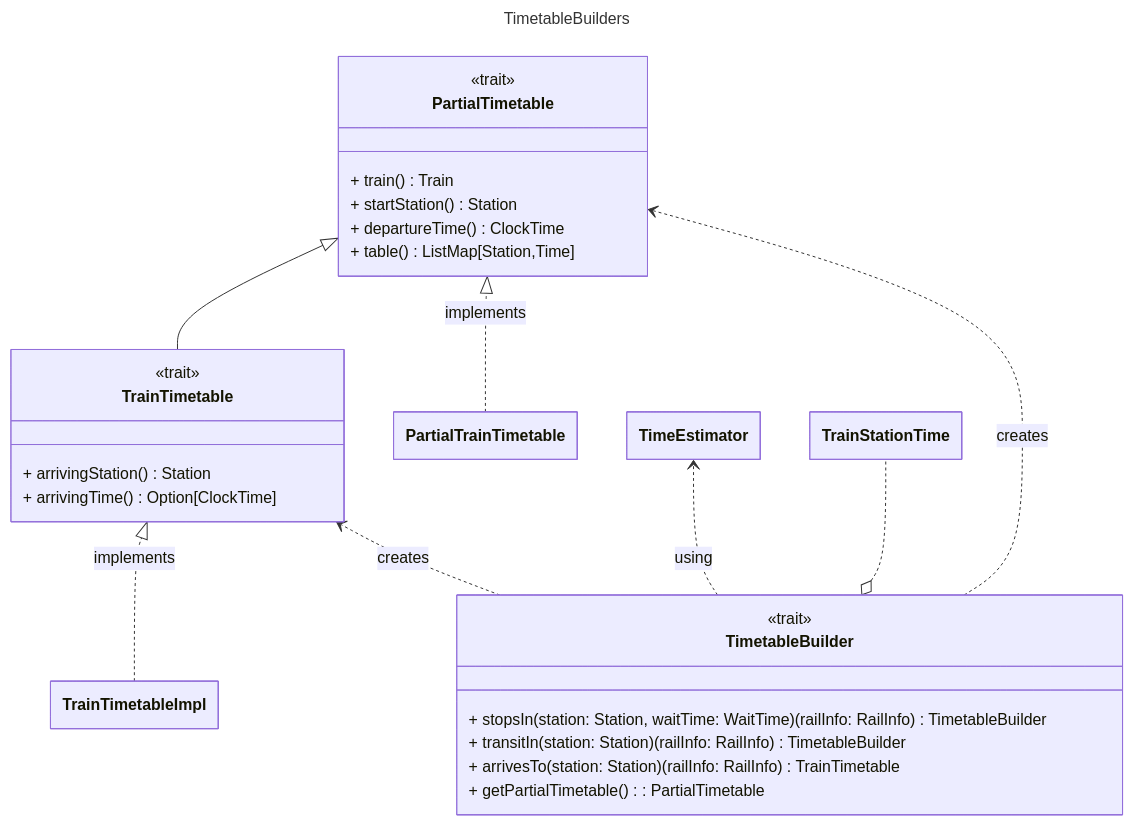
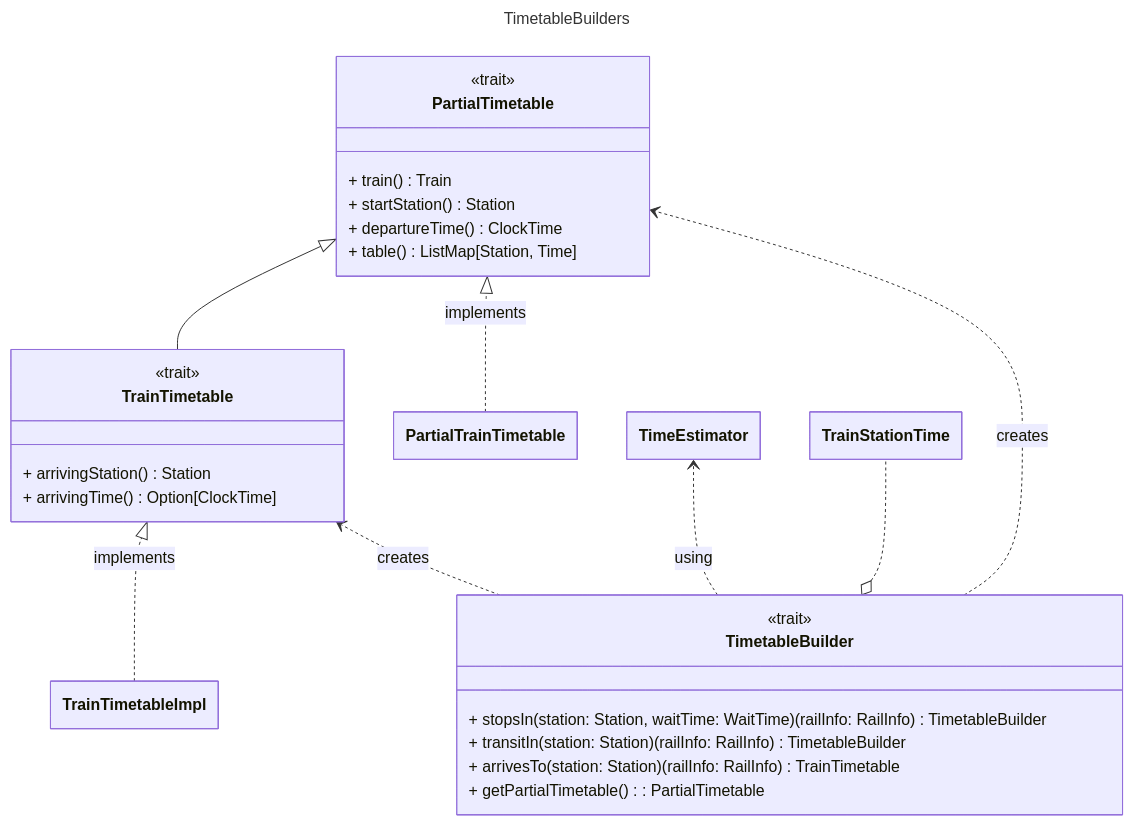
The eighth of 19 diagrams in docs/report/4-details-design.md (dev-pps/pps-23-ulisse), drawn with Mermaid before and after one commit. The commit also changed other lines of this file, not shown here.

````diff
--- a/docs/report/4-details-design.md
+++ b/docs/report/4-details-design.md
@@ -417,41 +417,41 @@
 ```mermaid
 ---
 title: TimetableBuilders
 config:
   class:
     hideEmptyMembersBox: true
 ---
 
 classDiagram
-direction BT
+    direction BT
 
     class PartialTimetable {
         <<trait>>
         + train() Train
         + startStation() Station
         + departureTime() ClockTime
-        + table() ListMap[Station,Time]
+        + table() ListMap[Station, Time]
     }
 
     class TrainTimetable {
         <<trait>>
         + arrivingStation() Station
         + arrivingTime() Option[ClockTime]
     }
 
     class TimetableBuilder {
         <<trait>>
         + stopsIn(station: Station, waitTime: WaitTime)(railInfo: RailInfo) TimetableBuilder
         + transitIn(station: Station)(railInfo: RailInfo) TimetableBuilder
         + arrivesTo(station: Station)(railInfo: RailInfo) TrainTimetable
         + getPartialTimetable(): PartialTimetable
     }
 
     TrainTimetable --|> PartialTimetable
-    TrainTimetableImpl ..|> TrainTimetable : implements
-    PartialTrainTimetable ..|> PartialTimetable : implements
-    TimetableBuilder ..> TimeEstimator : using
+    TrainTimetableImpl ..|> TrainTimetable: implements
+    PartialTrainTimetable ..|> PartialTimetable: implements
+    TimetableBuilder ..> TimeEstimator: using
     TimetableBuilder o.. TrainStationTime
-    TimetableBuilder ..> PartialTimetable : creates
-    TimetableBuilder ..> TrainTimetable : creates
+    TimetableBuilder ..> PartialTimetable: creates
+    TimetableBuilder ..> TrainTimetable: creates
 ```
````
